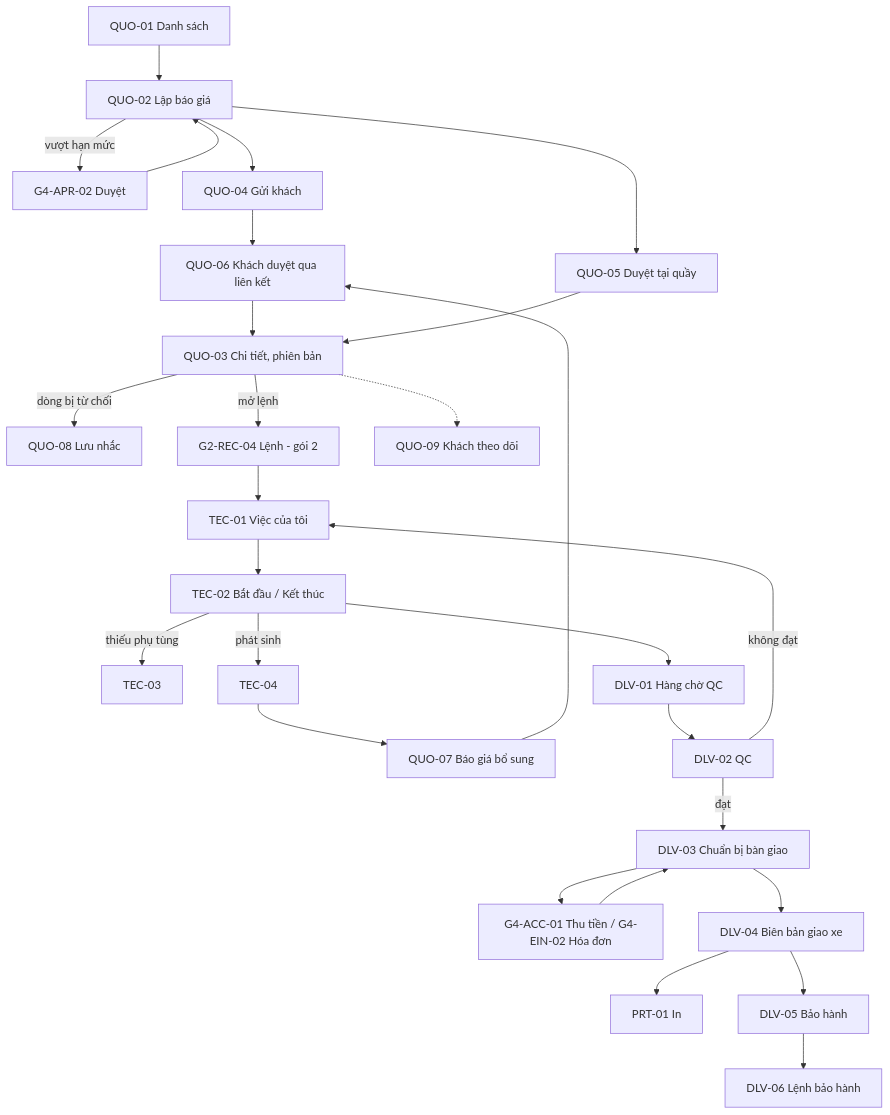
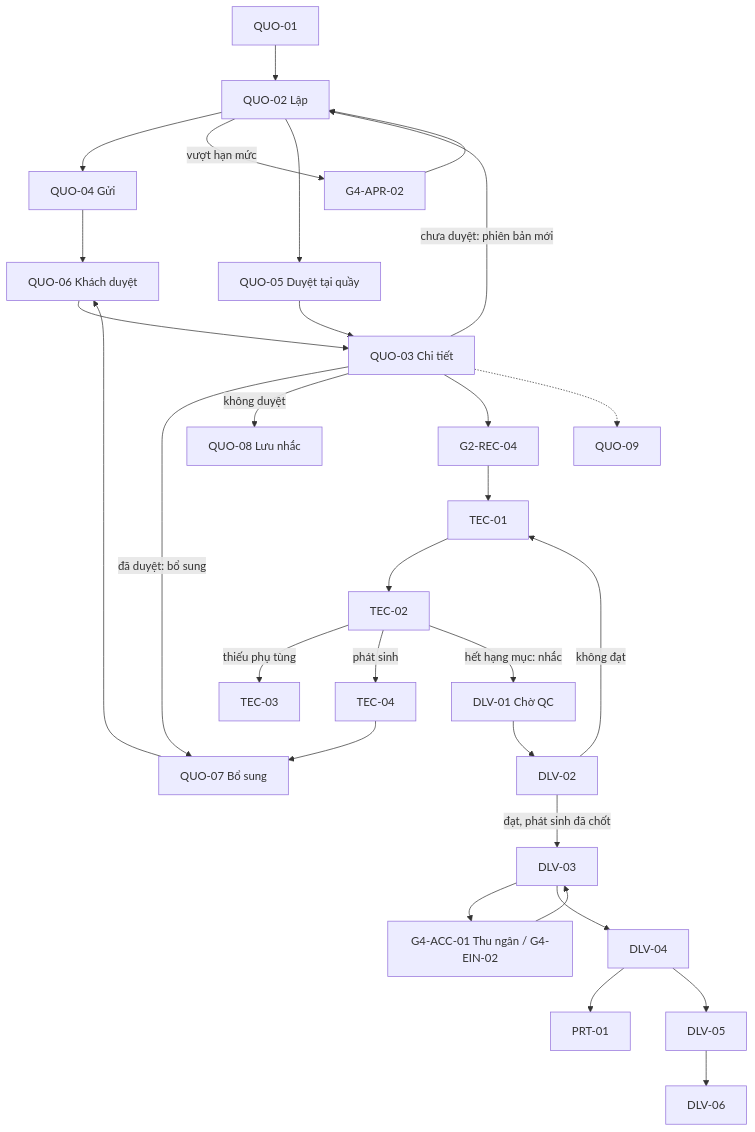
Before and after one commit to steve-bang/GMEP: the diagram in docs/ui-ux/03-quote-technician-delivery.md, drawn with Mermaid. The commit also changed other lines of this file and 2 other files, not shown here.

````diff
--- a/docs/ui-ux/03-quote-technician-delivery.md
+++ b/docs/ui-ux/03-quote-technician-delivery.md
@@ -79,25 +65,25 @@
 ```mermaid
 flowchart TD
-  Q1[QUO-01 Danh sách] --> Q2[QUO-02 Lập báo giá]
-  Q2 -->|vượt hạn mức| APR[G4-APR-02 Duyệt]
+  Q1[QUO-01] --> Q2[QUO-02 Lập] --> Q4[QUO-04 Gửi]
+  Q2 -->|vượt hạn mức| APR[G4-APR-02]
   APR --> Q2
-  Q2 --> Q4[QUO-04 Gửi khách]
-  Q4 --> Q6[QUO-06 Khách duyệt qua liên kết]
+  Q4 --> Q6[QUO-06 Khách duyệt]
   Q2 --> Q5[QUO-05 Duyệt tại quầy]
-  Q6 --> Q3[QUO-03 Chi tiết, phiên bản]
+  Q6 --> Q3[QUO-03 Chi tiết]
   Q5 --> Q3
-  Q3 -->|dòng bị từ chối| Q8[QUO-08 Lưu nhắc]
-  Q3 -->|mở lệnh| REC[G2-REC-04 Lệnh - gói 2]
-  REC --> T1[TEC-01 Việc của tôi]
-  T1 --> T2[TEC-02 Bắt đầu / Kết thúc]
+  Q3 -->|chưa duyệt: phiên bản mới| Q2
+  Q3 -->|đã duyệt: bổ sung| Q7[QUO-07 Bổ sung]
+  Q3 -->|không duyệt| Q8[QUO-08 Lưu nhắc]
+  Q3 --> REC[G2-REC-04]
+  REC --> T1[TEC-01] --> T2[TEC-02]
   T2 -->|thiếu phụ tùng| T3[TEC-03]
-  T2 -->|phát sinh| T4[TEC-04] --> Q7[QUO-07 Báo giá bổ sung] --> Q6
-  T2 --> D1[DLV-01 Hàng chờ QC] --> D2[DLV-02 QC]
+  T2 -->|phát sinh| T4[TEC-04] --> Q7 --> Q6
+  T2 -->|hết hạng mục: nhắc| D1[DLV-01 Chờ QC] --> D2[DLV-02]
   D2 -->|không đạt| T1
-  D2 -->|đạt| D3[DLV-03 Chuẩn bị bàn giao]
-  D3 --> PAY[G4-ACC-01 Thu tiền / G4-EIN-02 Hóa đơn]
+  D2 -->|đạt, phát sinh đã chốt| D3[DLV-03]
+  D3 --> PAY[G4-ACC-01 Thu ngân / G4-EIN-02]
   PAY --> D3
-  D3 --> D4[DLV-04 Biên bản giao xe] --> PRT[PRT-01 In]
-  D4 --> D5[DLV-05 Bảo hành] --> D6[DLV-06 Lệnh bảo hành]
-  Q3 -.-> Q9[QUO-09 Khách theo dõi]
+  D3 --> D4[DLV-04] --> PRT[PRT-01]
+  D4 --> D5[DLV-05] --> D6[DLV-06]
+  Q3 -.-> Q9[QUO-09]
 ```
````
